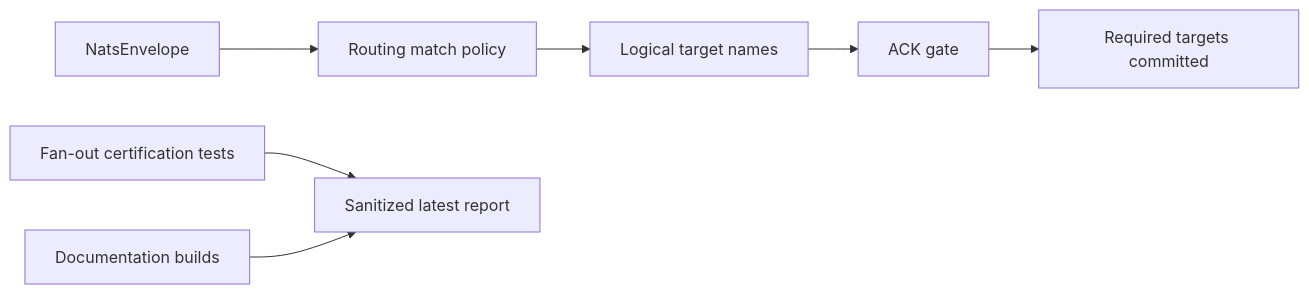
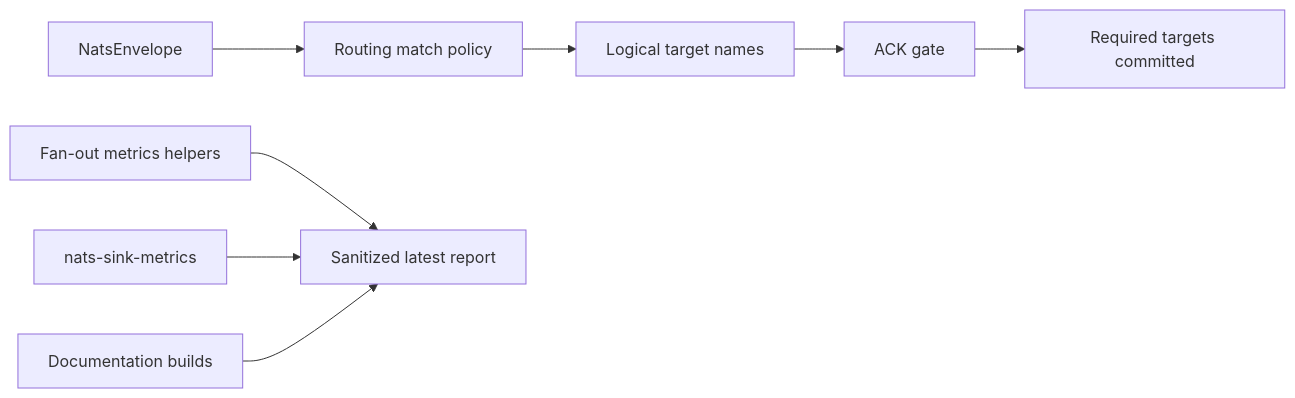
One commit to ProjectCuillin/nats-sinks changed the diagram in docs/test-report.md. Above: the diagram before and after it, drawn with Mermaid. The commit also changed other lines of this file and 13 other files, not shown here.

Commit message:
Add fan-out observability metrics

````diff
--- a/docs/test-report.md
+++ b/docs/test-report.md
@@ -32,9 +33,10 @@
 ```mermaid
 flowchart LR
     Env[NatsEnvelope] --> Policy[Routing match policy]
     Policy --> Targets[Logical target names]
     Targets --> AckGate[ACK gate]
     AckGate --> Commit[Required targets committed]
-    Tests[Fan-out certification tests] --> Report[Sanitized latest report]
+    Metrics[Fan-out metrics helpers] --> Report[Sanitized latest report]
+    CLI[nats-sink-metrics] --> Report
     Docs[Documentation builds] --> Report
 ```
````
